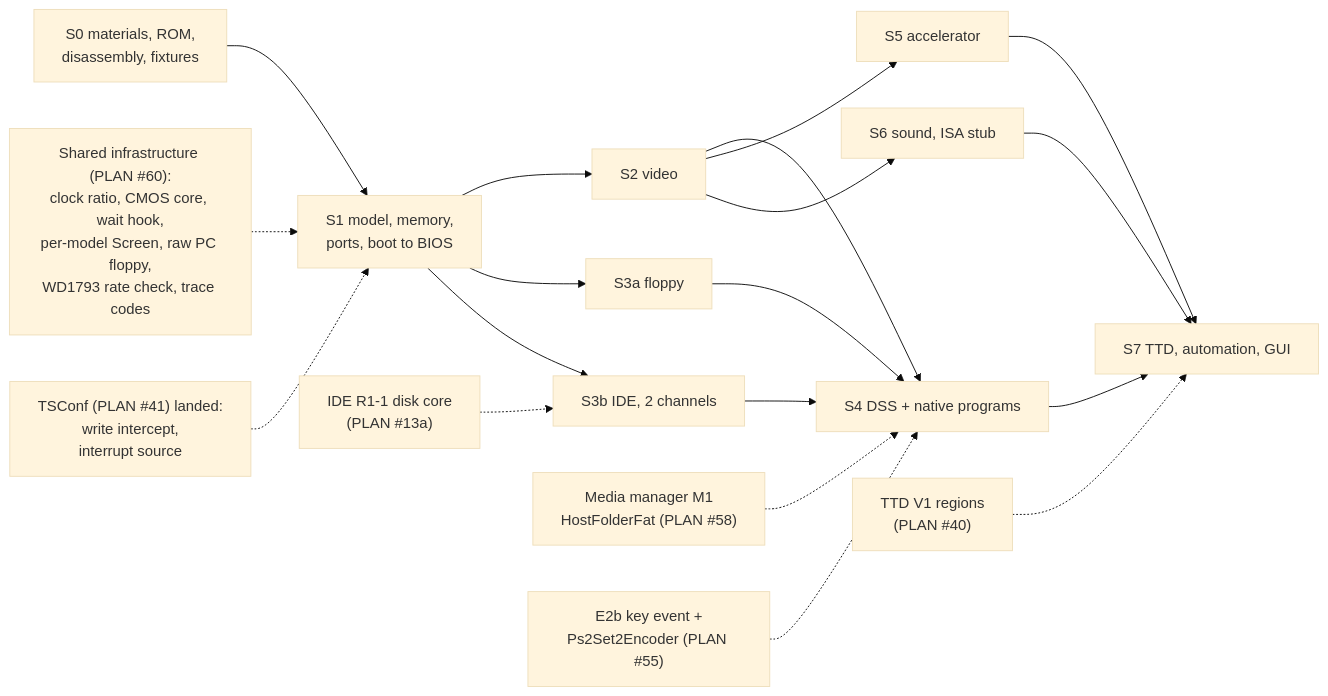
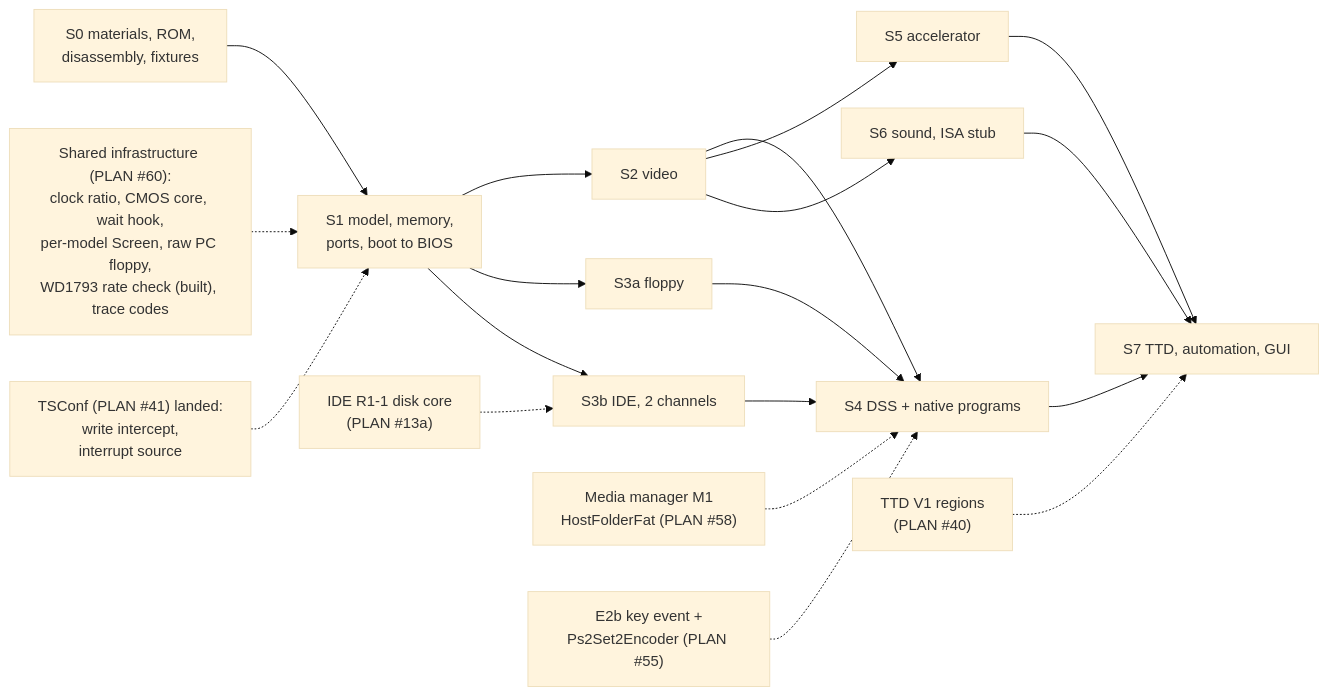
Before and after one commit to alfishe/unreal-ng: the diagram in docs/inprogress/2026-09-28-sprinter/roadmap-and-plan.md, drawn with Mermaid (base theme). The commit also changed other lines of this file and 16 other files, not shown here.

First line of the commit message:
docs(fdc): clock and data-rate model; Sprinter and media designs follow it

````diff
--- a/docs/inprogress/2026-09-28-sprinter/roadmap-and-plan.md
+++ b/docs/inprogress/2026-09-28-sprinter/roadmap-and-plan.md
@@ -12,21 +12,21 @@
 ```mermaid
 flowchart LR
     S0["S0 materials, ROM,<br/>disassembly, fixtures"] --> S1["S1 model, memory,<br/>ports, boot to BIOS"]
-    SH["Shared infrastructure (PLAN #60):<br/>clock ratio, CMOS core, wait hook,<br/>per-model Screen, raw PC floppy,<br/>WD1793 rate check, trace codes"] -.-> S1
+    SH["Shared infrastructure (PLAN #60):<br/>clock ratio, CMOS core, wait hook,<br/>per-model Screen, raw PC floppy,<br/>WD1793 rate check (built), trace codes"] -.-> S1
     TS["TSConf (PLAN #41) landed:<br/>write intercept,<br/>interrupt source"] -.-> S1
     S1 --> S2["S2 video"]
     S1 --> S3a["S3a floppy"]
     S2 --> S4["S4 DSS + native programs"]
     S3a --> S4
     IDE1["IDE R1-1 disk core<br/>(PLAN #13a)"] -.-> S3b["S3b IDE, 2 channels"]
     S1 --> S3b
     S3b --> S4
     MM1["Media manager M1<br/>HostFolderFat (PLAN #58)"] -.-> S4
     E2B["E2b key event +<br/>Ps2Set2Encoder (PLAN #55)"] -.-> S4
     S2 --> S5["S5 accelerator"]
     S2 --> S6["S6 sound, ISA stub"]
     S4 --> S7["S7 TTD, automation, GUI"]
     S5 --> S7
     S6 --> S7
     V1["TTD V1 regions<br/>(PLAN #40)"] -.-> S7
 ```
````
